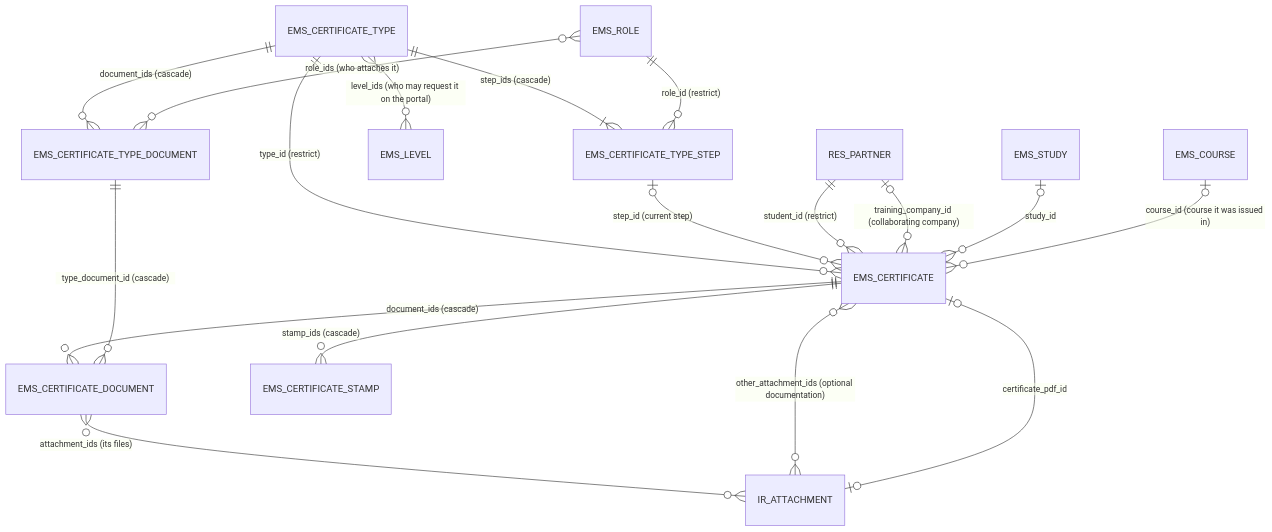
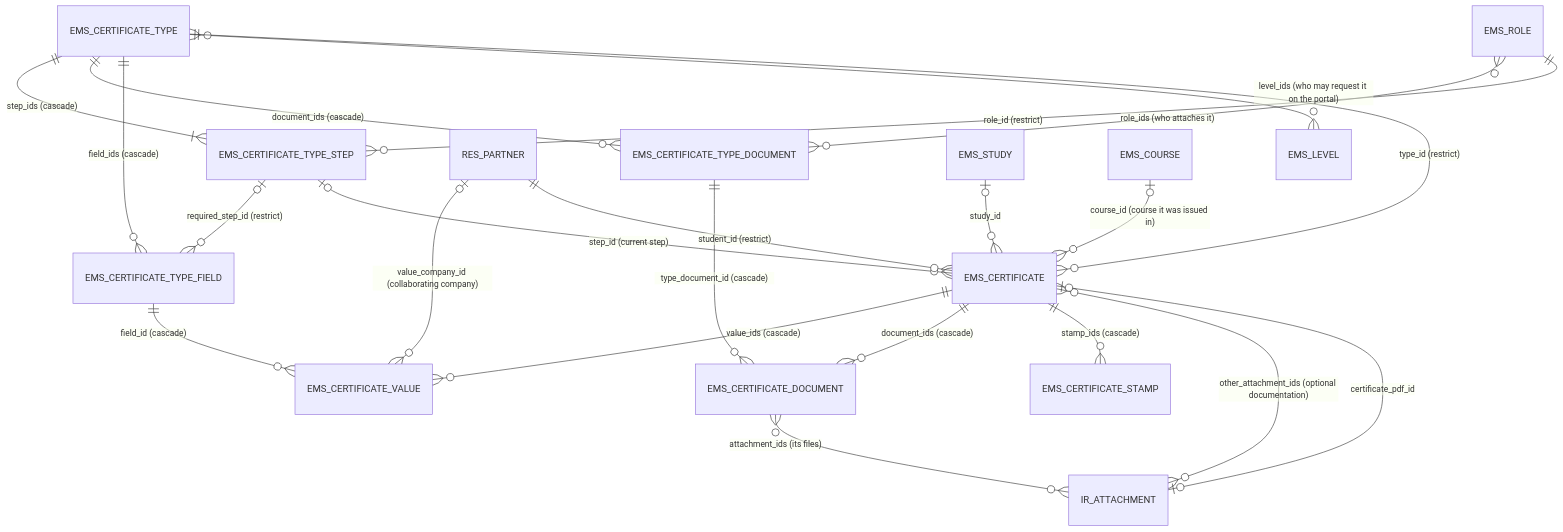
One commit to ElPuig/EMS changed the first of 2 diagrams in docs/en/developers/certificates/certificate.md. Above: the diagram before and after it, drawn with Mermaid. The commit also changed other lines of this file and 34 other files, not shown here.

Commit message:
Generic certificate types: details and text per type (Closes #851)

````diff
--- a/docs/en/developers/certificates/certificate.md
+++ b/docs/en/developers/certificates/certificate.md
@@ -64,20 +76,24 @@
 ```mermaid
 erDiagram
     EMS_CERTIFICATE_TYPE ||--|{ EMS_CERTIFICATE_TYPE_STEP : "step_ids (cascade)"
     EMS_CERTIFICATE_TYPE ||--o{ EMS_CERTIFICATE_TYPE_DOCUMENT : "document_ids (cascade)"
+    EMS_CERTIFICATE_TYPE ||--o{ EMS_CERTIFICATE_TYPE_FIELD : "field_ids (cascade)"
+    EMS_CERTIFICATE_TYPE_STEP |o--o{ EMS_CERTIFICATE_TYPE_FIELD : "required_step_id (restrict)"
+    EMS_CERTIFICATE ||--o{ EMS_CERTIFICATE_VALUE : "value_ids (cascade)"
+    EMS_CERTIFICATE_TYPE_FIELD ||--o{ EMS_CERTIFICATE_VALUE : "field_id (cascade)"
+    RES_PARTNER |o--o{ EMS_CERTIFICATE_VALUE : "value_company_id (collaborating company)"
     EMS_ROLE }o--o{ EMS_CERTIFICATE_TYPE_DOCUMENT : "role_ids (who attaches it)"
     EMS_CERTIFICATE ||--o{ EMS_CERTIFICATE_DOCUMENT : "document_ids (cascade)"
     EMS_CERTIFICATE_TYPE_DOCUMENT ||--o{ EMS_CERTIFICATE_DOCUMENT : "type_document_id (cascade)"
     EMS_CERTIFICATE_DOCUMENT }o--o{ IR_ATTACHMENT : "attachment_ids (its files)"
     EMS_CERTIFICATE_TYPE }o--o{ EMS_LEVEL : "level_ids (who may request it on the portal)"
     EMS_ROLE ||--o{ EMS_CERTIFICATE_TYPE_STEP : "role_id (restrict)"
     EMS_CERTIFICATE_TYPE ||--o{ EMS_CERTIFICATE : "type_id (restrict)"
     EMS_CERTIFICATE_TYPE_STEP |o--o{ EMS_CERTIFICATE : "step_id (current step)"
     RES_PARTNER ||--o{ EMS_CERTIFICATE : "student_id (restrict)"
-    RES_PARTNER |o--o{ EMS_CERTIFICATE : "training_company_id (collaborating company)"
     EMS_STUDY |o--o{ EMS_CERTIFICATE : "study_id"
     EMS_COURSE |o--o{ EMS_CERTIFICATE : "course_id (course it was issued in)"
     EMS_CERTIFICATE ||--o{ EMS_CERTIFICATE_STAMP : "stamp_ids (cascade)"
     EMS_CERTIFICATE }o--o{ IR_ATTACHMENT : "other_attachment_ids (optional documentation)"
     EMS_CERTIFICATE |o--o| IR_ATTACHMENT : "certificate_pdf_id"
 ```
````
